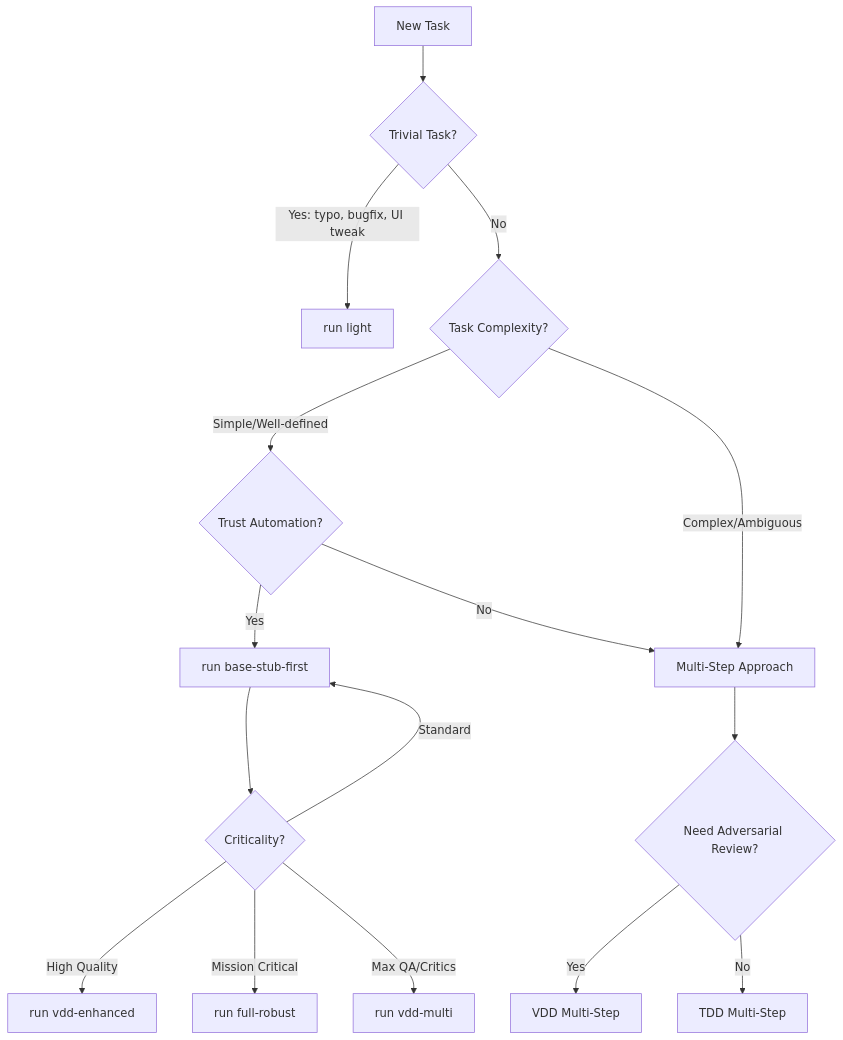
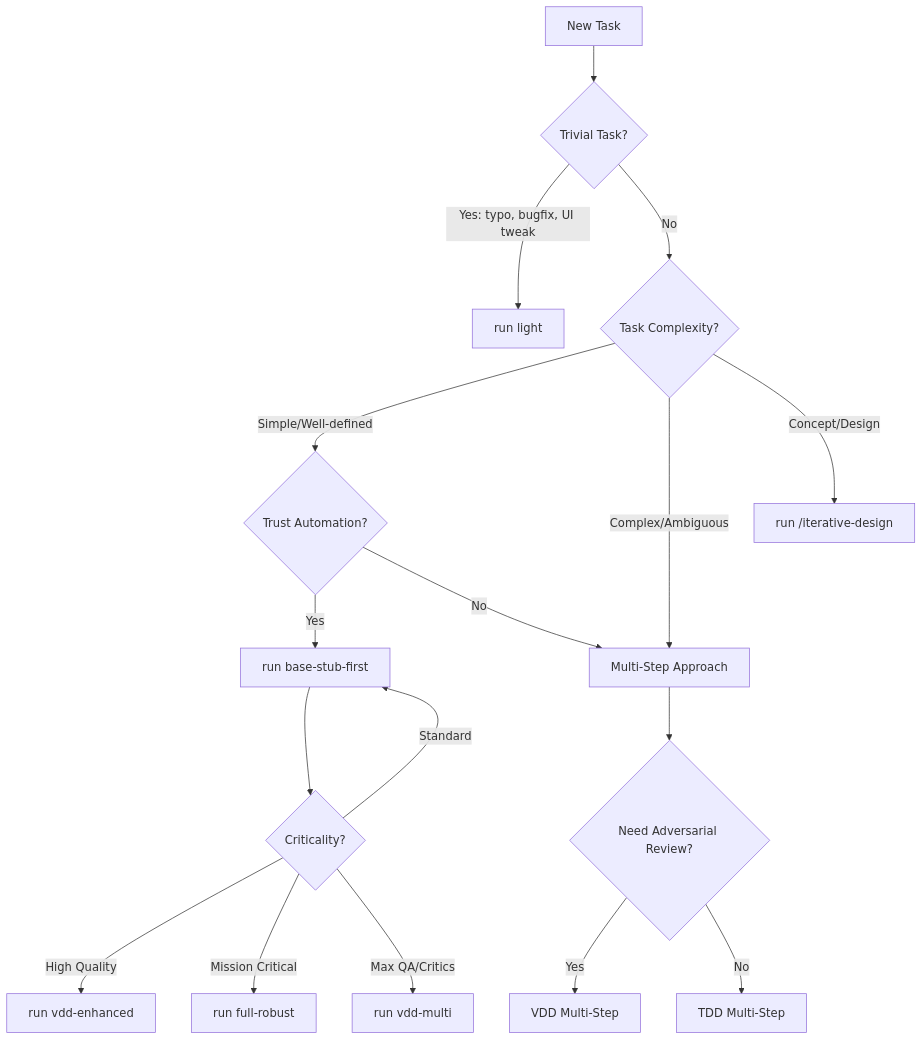
Before and after one commit to MatrixFounder/Agents-development: the second of 3 diagrams in System/Docs/WORKFLOWS.md, drawn with Mermaid. The commit also changed other lines of this file and 8 other files, not shown here.

Commit message:
Iterative Design & VDD Robustness

````diff
--- a/System/Docs/WORKFLOWS.md
+++ b/System/Docs/WORKFLOWS.md
@@ -318,19 +325,20 @@
 ```mermaid
 graph TD
     A[New Task] --> T{Trivial Task?}
     T -->|Yes: typo, bugfix, UI tweak| L[run light]
     T -->|No| B{Task Complexity?}
     B -->|Simple/Well-defined| C{Trust Automation?}
     B -->|Complex/Ambiguous| D[Multi-Step Approach]
+    B -->|Concept/Design| ITER[run /iterative-design]
     C -->|Yes| E[run base-stub-first]
     C -->|No| D
     D --> F{Need Adversarial Review?}
     F -->|Yes| G[VDD Multi-Step]
     F -->|No| H[TDD Multi-Step]
     
     E --> I{Criticality?}
     I -->|Standard| E
     I -->|High Quality| J[run vdd-enhanced]
     I -->|Mission Critical| K[run full-robust]
     I -->|Max QA/Critics| M[run vdd-multi]
 ```
````
